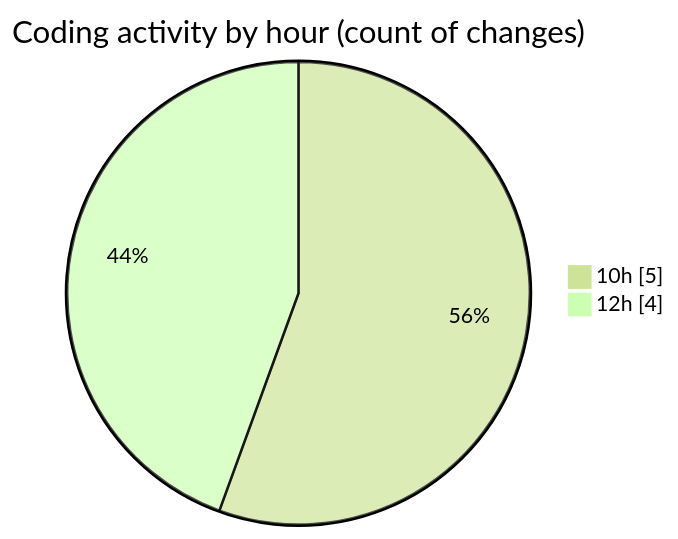
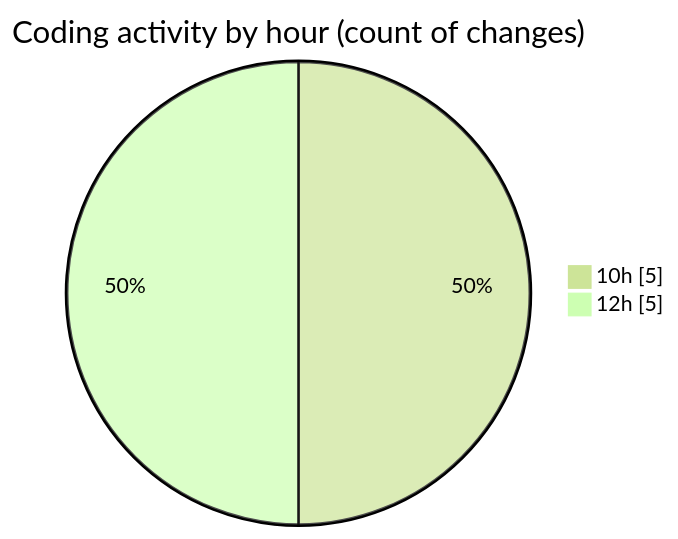
One commit to Ritupan-Deka/code-tracking changed the second of 2 diagrams in 2025-07-07/urlwebwala_intership_work/README.md. Above: the diagram before and after it, drawn with Mermaid (forest theme). The commit also changed other lines of this file and 1 other file, not shown here.

````diff
--- a/2025-07-07/urlwebwala_intership_work/README.md
+++ b/2025-07-07/urlwebwala_intership_work/README.md
@@ -30,6 +30,6 @@
 ```mermaid
 pie showData
 title Coding activity by hour (count of changes)
 "10h" : 5
-"12h" : 4
+"12h" : 5
 ```
````
